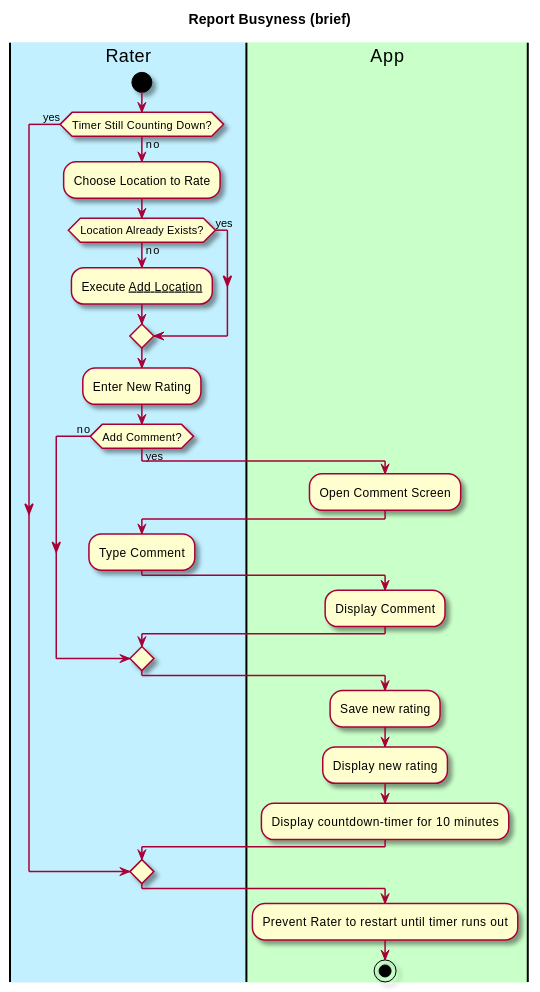
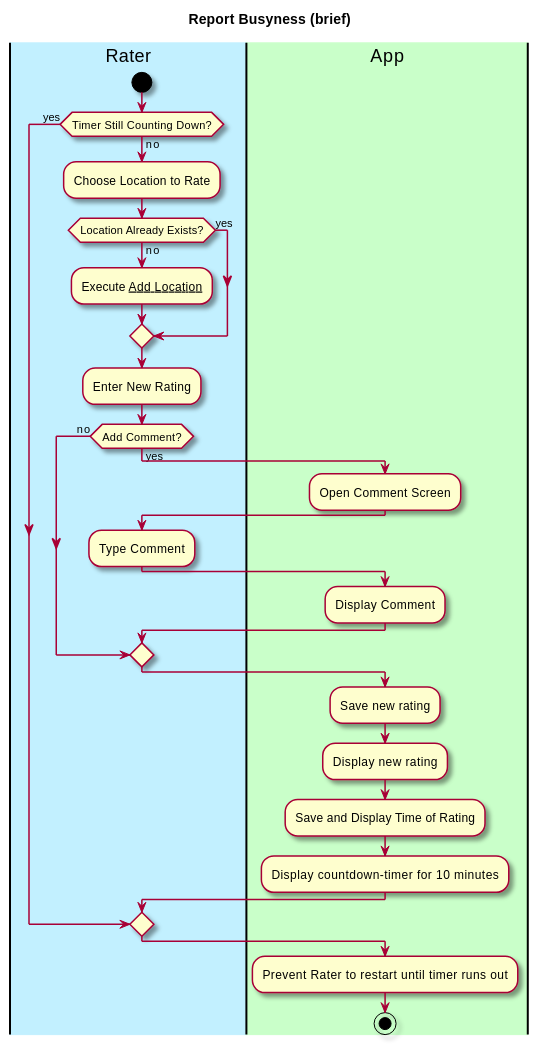
Before and after one commit to manoushpajouh/Vassar-Crowdmeter: the diagram in intellij/documentation/use_cases/report_busyness.md, drawn with PlantUML.

Commit message:
updated report busyness with timer in use case

````diff
--- a/intellij/documentation/use_cases/report_busyness.md
+++ b/intellij/documentation/use_cases/report_busyness.md
@@ -30,43 +30,44 @@
 ```plantuml
 @startuml
 
 skin rose
 
 title Report Busyness (brief)
 
 'define the lanes
 |#application|Rater|
 |#technology|App|
 
 |Rater|
 start
 if (Timer Still Counting Down?) then (yes)
 else (no)
     :Choose Location to Rate;
         if (Location Already Exists?) then (yes)
         
         else (no)
         :Execute __Add Location__;
         endif
      :Enter New Rating;
      
         if (Add Comment?) then (yes)
             |App|
             :Open Comment Screen;
             |Rater|
             :Type Comment;
             |App|
             :Display Comment;
       
          else (no)
         endif
 
 |App|
 :Save new rating;
 :Display new rating;
+:Save and Display Time of Rating;
 :Display countdown-timer for 10 minutes;
 endif
 :Prevent Rater to restart until timer runs out;
 stop
 @enduml
 ```
````
